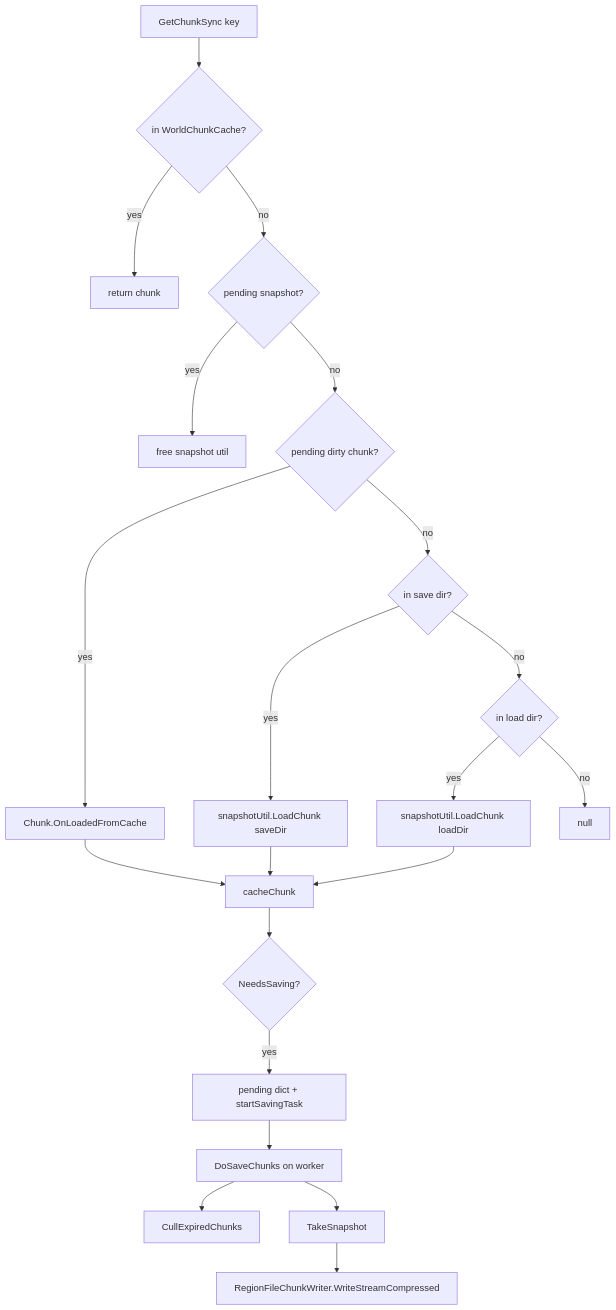
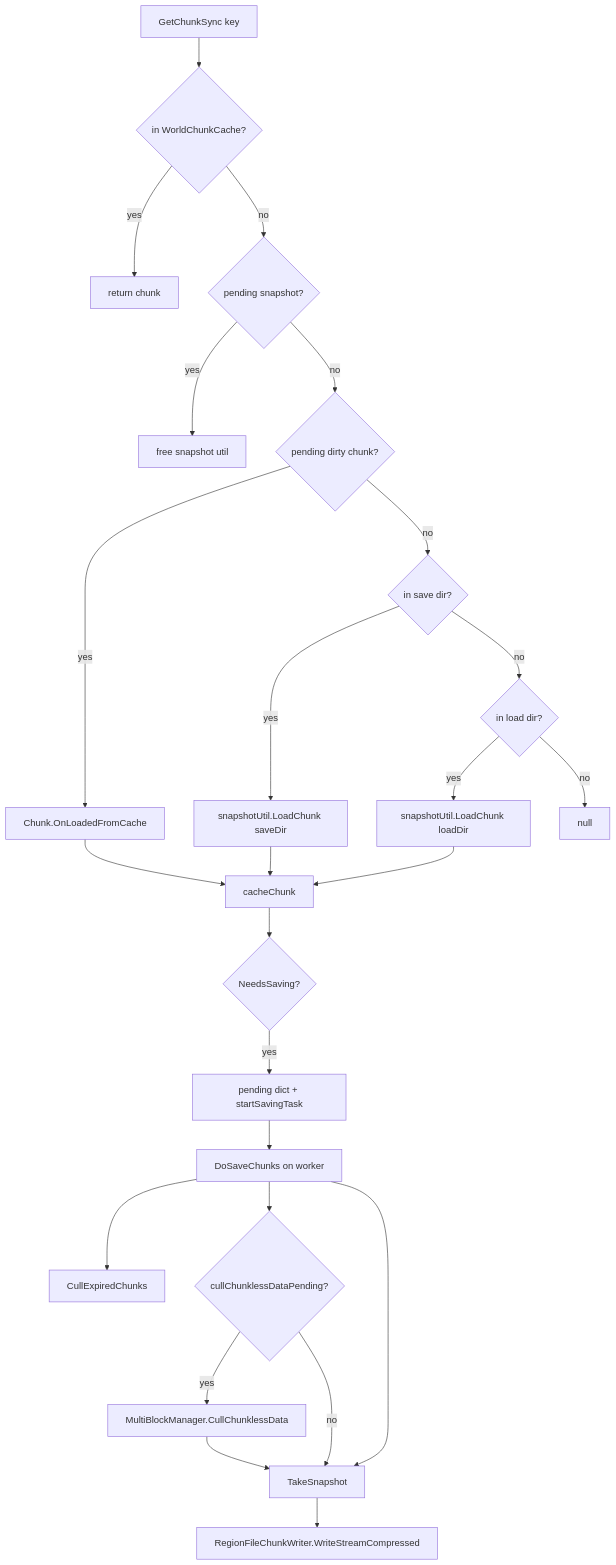
The fourth of 5 diagrams in docs/world/save-region.md (hordeforge/7dtd-engine-research), drawn with Mermaid before and after one commit. The commit also changed other lines of this file and 41 other files, not shown here.

````diff
--- a/docs/world/save-region.md
+++ b/docs/world/save-region.md
@@ -548,23 +664,27 @@
 ```mermaid
 flowchart TD
   Load[GetChunkSync key] --> Live{in WorldChunkCache?}
   Live -->|yes| Ret[return chunk]
   Live -->|no| Snap{pending snapshot?}
   Snap -->|yes| FreeSnap[free snapshot util]
   Snap -->|no| Pend{pending dirty chunk?}
   Pend -->|yes| OnLoad[Chunk.OnLoadedFromCache]
   Pend -->|no| DiskSave{in save dir?}
   DiskSave -->|yes| LoadSave[snapshotUtil.LoadChunk saveDir]
   DiskSave -->|no| DiskLoad{in load dir?}
   DiskLoad -->|yes| LoadLoad[snapshotUtil.LoadChunk loadDir]
   DiskLoad -->|no| Miss[null]
   LoadSave --> Cache[cacheChunk]
   LoadLoad --> Cache
   OnLoad --> Cache
   Cache --> Dirty{NeedsSaving?}
   Dirty -->|yes| Queue[pending dict + startSavingTask]
   Queue --> Save[DoSaveChunks on worker]
   Save --> Cull[CullExpiredChunks]
+  Save --> CullChunkless{"cullChunklessDataPending?"}
+  CullChunkless -->|yes| MBM[MultiBlockManager.CullChunklessData]
+  CullChunkless -->|no| SnapTake
+  MBM --> SnapTake
   Save --> SnapTake[TakeSnapshot]
   SnapTake --> Write[RegionFileChunkWriter.WriteStreamCompressed]
 ```
````
